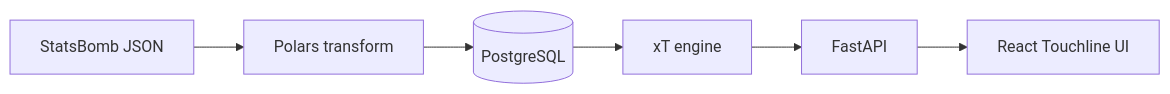
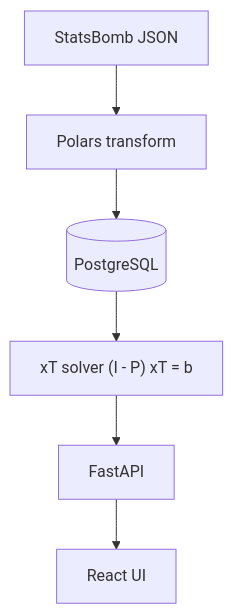
The diagram in README.md (Salama-Khan/expectedthreatmodel), drawn with Mermaid before and after one commit.

Commit message:
adjust Architecture in README

````diff
--- a/README.md
+++ b/README.md
@@ -29,8 +29,8 @@
 ```mermaid
-flowchart LR
+flowchart TD
   StatsBomb[StatsBomb JSON] --> Transform[Polars transform]
   Transform --> Postgres[(PostgreSQL)]
-  Postgres --> XtEngine[xT engine]
+  Postgres --> XtEngine["xT solver (I - P) xT = b"]
   XtEngine --> API[FastAPI]
-  API --> UI[React Touchline UI]
+  API --> UI[React UI]
 ```
````
